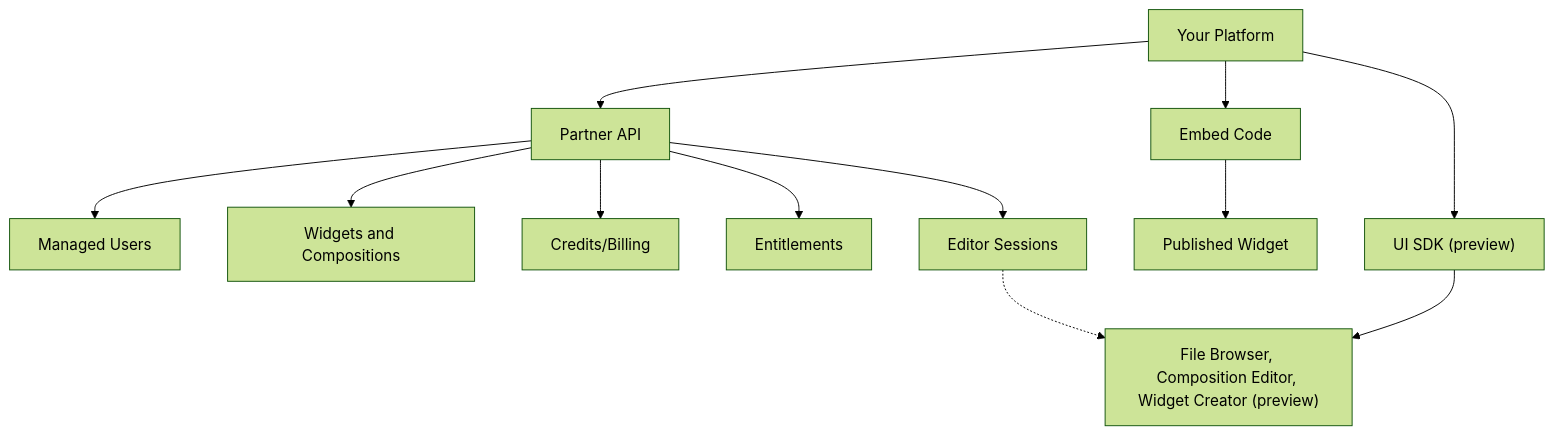
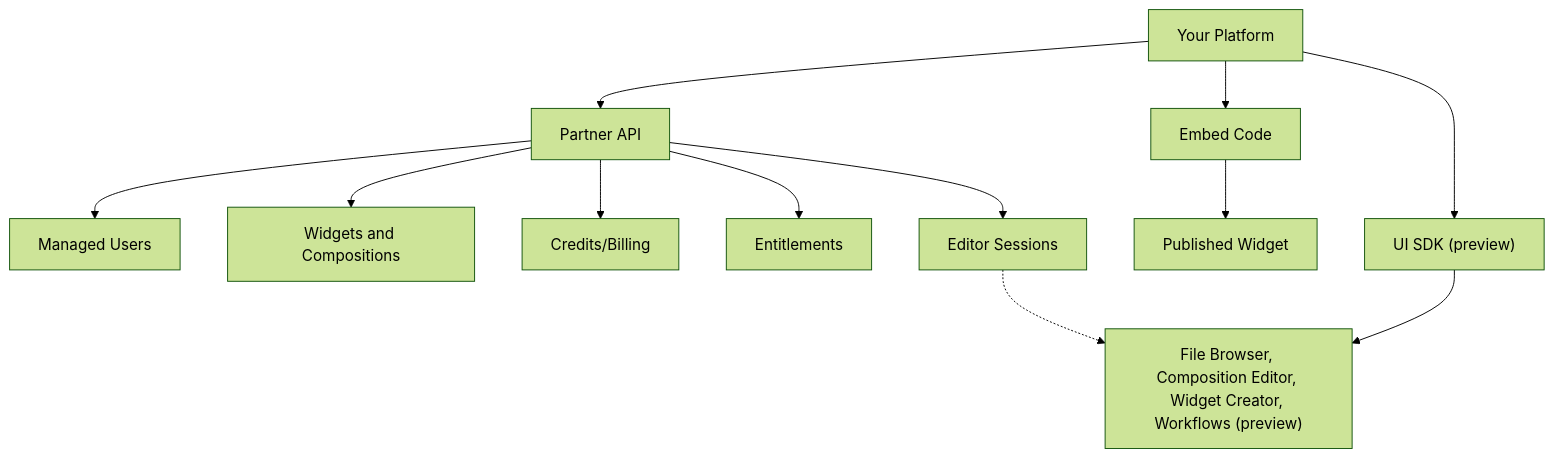
The diagram in docs/partners/overview.mdx (widgetic/docs), drawn with Mermaid (forest theme) before and after one commit. The commit also changed other lines of this file and 7 other files, not shown here.

````diff
--- a/docs/partners/overview.mdx
+++ b/docs/partners/overview.mdx
@@ -51,14 +51,14 @@
 ```mermaid
 flowchart TD
     Partner[Your Platform] --> API[Partner API]
     Partner --> Embed[Embed Code]
     API --> Users[Managed Users]
     API --> Compositions[Widgets and Compositions]
     API --> Credits[Credits/Billing]
     API --> Entitlements[Entitlements]
     API --> Sessions[Editor Sessions]
     Embed --> Published[Published Widget]
     Partner --> UI["UI SDK (preview)"]
-    UI --> Editors["File Browser, Composition Editor, Widget Creator (preview)"]
+    UI --> Editors["File Browser, Composition Editor, Widget Creator, Workflows (preview)"]
     Sessions -.-> Editors
 ```
````
